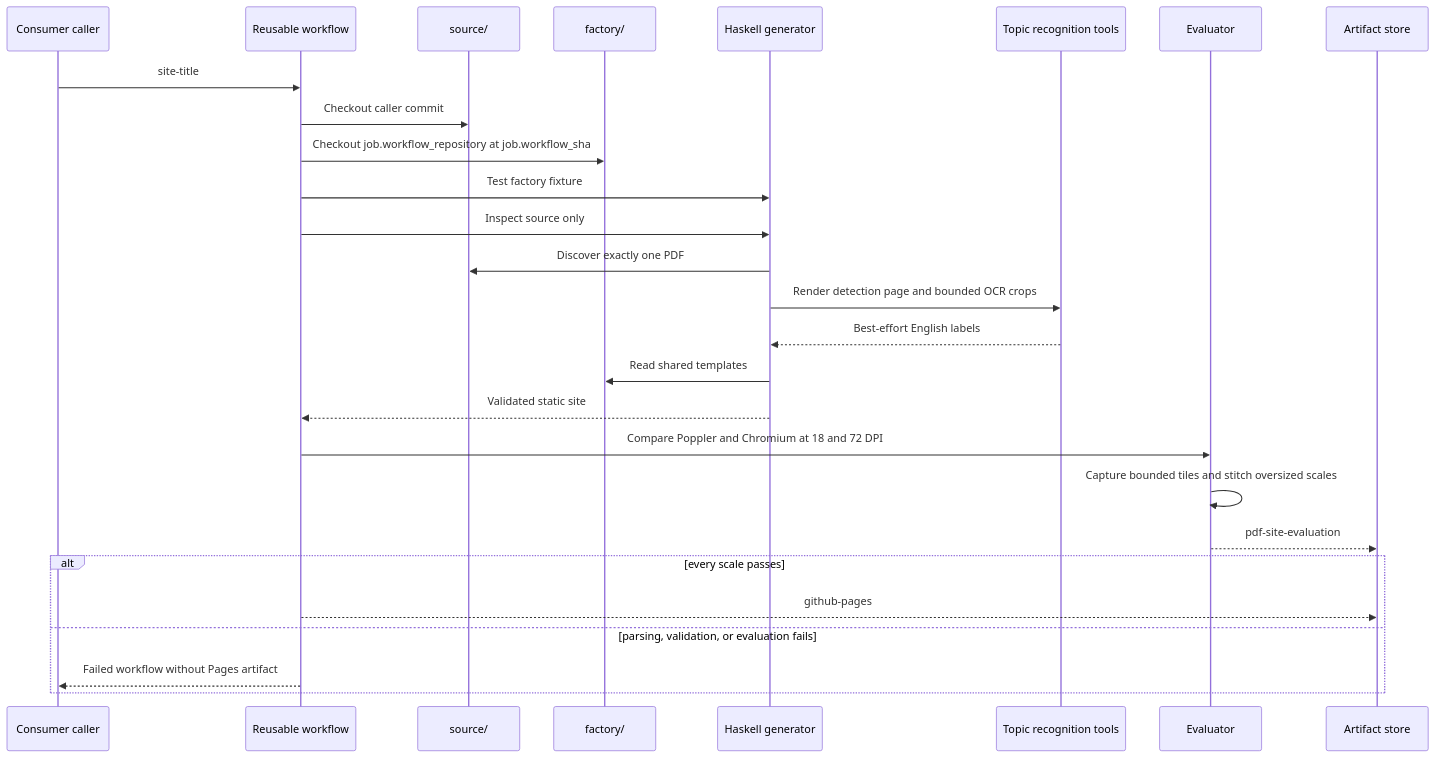
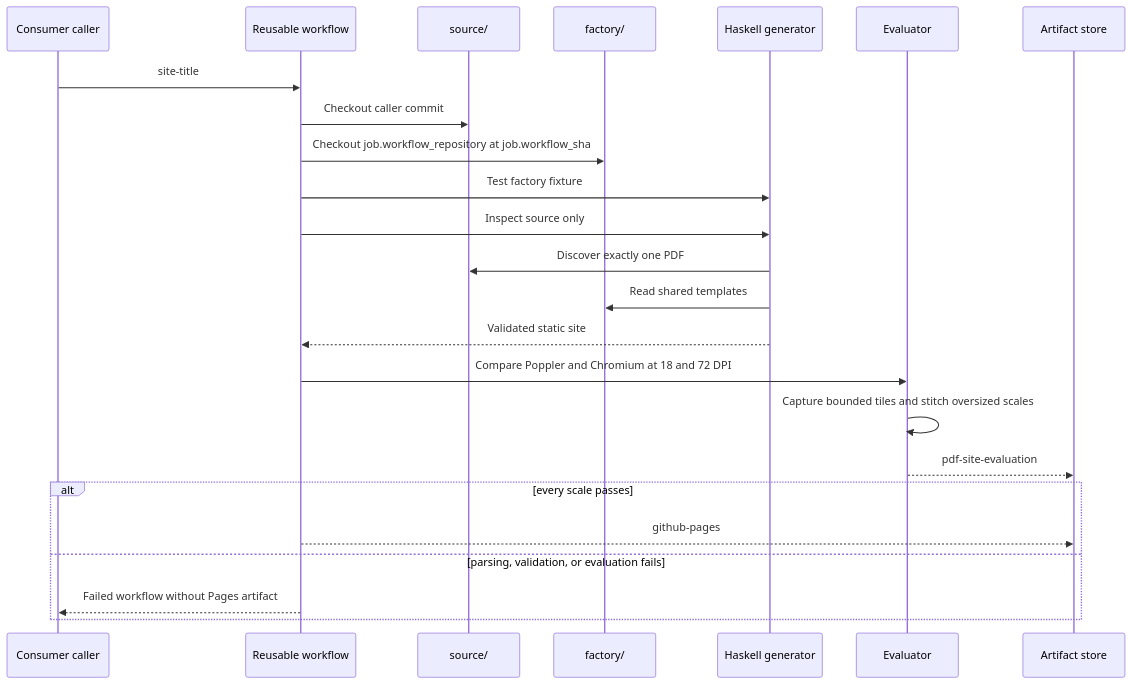
Before and after one commit to bajor/notes-website-factory-workflow: the second of 3 diagrams in docs/architecture.md, drawn with Mermaid. The commit also changed other lines of this file and 38 other files, not shown here.

Commit message:
Remove OCR topic navigation

````diff
--- a/docs/architecture.md
+++ b/docs/architecture.md
@@ -46,30 +44,27 @@
 ```mermaid
 sequenceDiagram
   participant C as Consumer caller
   participant W as Reusable workflow
   participant S as source/
   participant F as factory/
   participant G as Haskell generator
-  participant O as Topic recognition tools
   participant E as Evaluator
   participant A as Artifact store
 
   C->>W: site-title
   W->>S: Checkout caller commit
   W->>F: Checkout job.workflow_repository at job.workflow_sha
   W->>G: Test factory fixture
   W->>G: Inspect source only
   G->>S: Discover exactly one PDF
-  G->>O: Render detection page and bounded OCR crops
-  O-->>G: Best-effort English labels
   G->>F: Read shared templates
   G-->>W: Validated static site
   W->>E: Compare Poppler and Chromium at 18 and 72 DPI
   E->>E: Capture bounded tiles and stitch oversized scales
   E-->>A: pdf-site-evaluation
   alt every scale passes
     W-->>A: github-pages
   else parsing, validation, or evaluation fails
     W-->>C: Failed workflow without Pages artifact
   end
 ```
````
